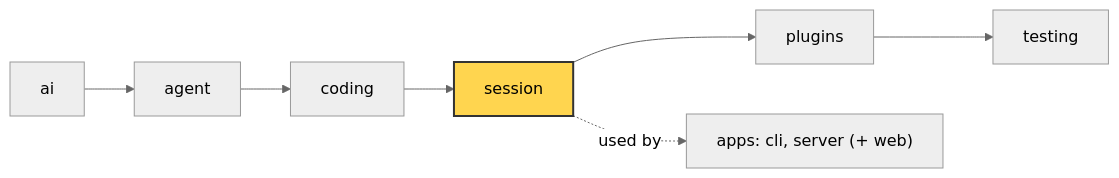
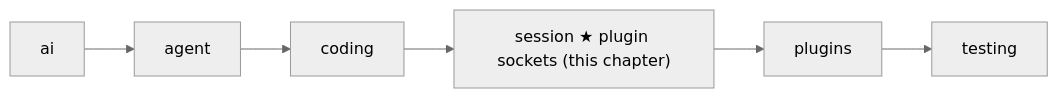
The diagram in docs/guidebook/14-plugins.md (danhugo/simp-agent), drawn with Mermaid (neutral theme) before and after one commit. The commit also changed other lines of this file and 1 other file, not shown here.

Commit message:
docs(guidebook): ch14 one-shot rewrite (plugins)

````diff
--- a/docs/guidebook/14-plugins.md
+++ b/docs/guidebook/14-plugins.md
@@ -9,6 +9,4 @@
 ```mermaid
 flowchart LR
-    ai --> agent --> coding --> session --> plugins --> testing
-    session -.used by.-> apps["apps: cli, server (+ web)"]
-    style session fill:#ffd54f,stroke:#333,stroke-width:2px
+    ai --> agent --> coding --> session["session ★ plugin sockets (this chapter)"] --> plugins --> testing
 ```
````
